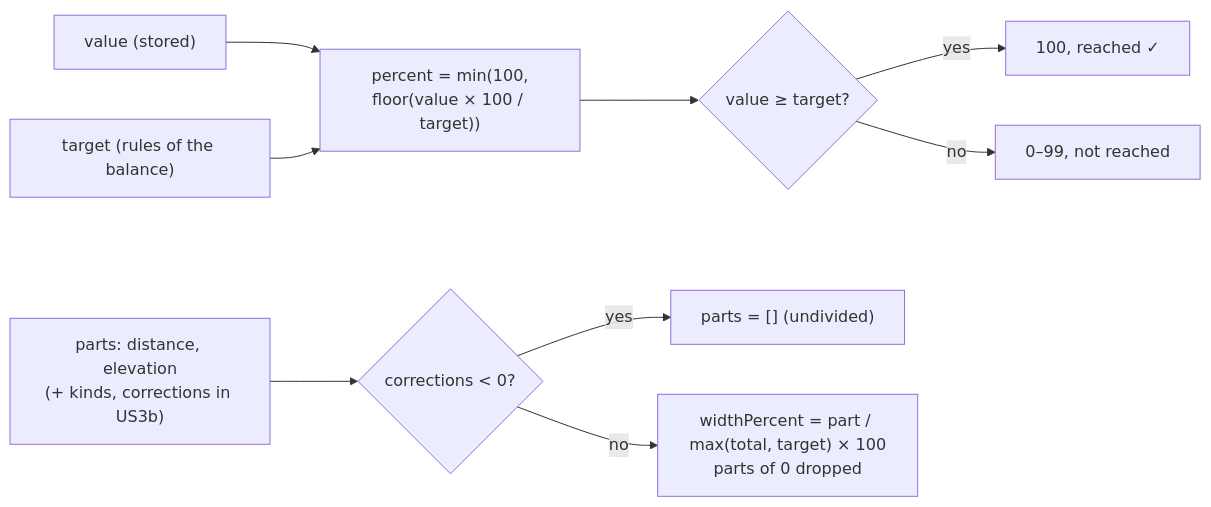
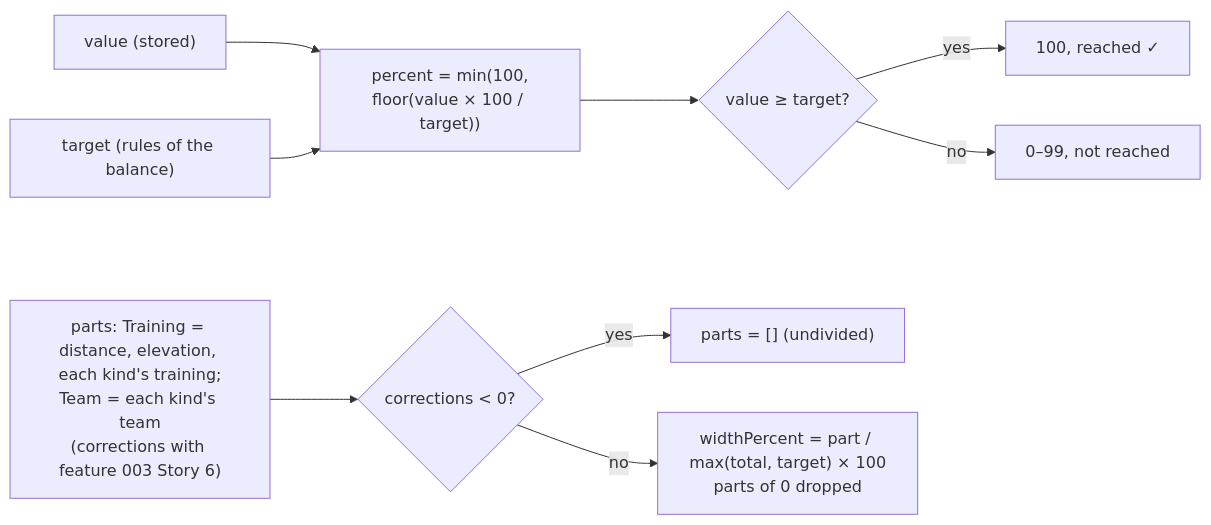
The sixth of 9 diagrams in specs/005-rider-view/plan.md (SaSteffen/RynkePoints), drawn with Mermaid before and after one commit. The commit also changed other lines of this file and 2 other files, not shown here.

Commit message:
docs: check rider view diagrams against the build

````diff
--- a/specs/005-rider-view/plan.md
+++ b/specs/005-rider-view/plan.md
@@ -367,11 +382,11 @@
 ```mermaid
 flowchart LR
     v["value (stored)"] --> p
     t["target (rules of the balance)"] --> p["percent = min(100,<br/>floor(value × 100 / target))"]
     p --> r{"value ≥ target?"}
     r -- yes --> full["100, reached ✓"]
     r -- no --> part["0–99, not reached"]
-    parts["parts: distance, elevation<br/>(+ kinds, corrections in US3b)"] --> neg{"corrections < 0?"}
+    parts["parts: Training = distance, elevation, each kind's training;<br/>Team = each kind's team<br/>(corrections with feature 003 Story 6)"] --> neg{"corrections < 0?"}
     neg -- yes --> undiv["parts = [] (undivided)"]
     neg -- no --> w["widthPercent = part / max(total, target) × 100<br/>parts of 0 dropped"]
 ```
````
